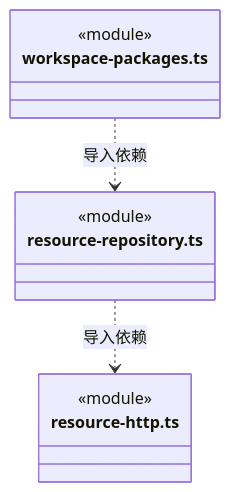
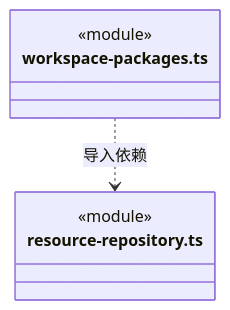
One commit to nan023062/cbim changed diagram 19 of 19 in src/backend/main/resources/ARCHITECTURE.md. Above: the diagram before and after it, drawn with Mermaid. The commit also changed other lines of this file and 118 other files, not shown here.

````diff
--- a/src/backend/main/resources/ARCHITECTURE.md
+++ b/src/backend/main/resources/ARCHITECTURE.md
@@ -349,14 +533,10 @@
 ```mermaid
 classDiagram
+class N_src_backend_main_resources_workspace_packages_ts["workspace-packages.ts"] {
+  <<module>>
+}
 class N_src_backend_main_resources_resource_repository_ts["resource-repository.ts"] {
   <<module>>
 }
-class N_src_backend_main_resources_resource_http_ts["resource-http.ts"] {
-  <<module>>
-}
-class N_src_backend_main_resources_workspace_packages_ts["workspace-packages.ts"] {
-  <<module>>
-}
-N_src_backend_main_resources_resource_repository_ts ..> N_src_backend_main_resources_resource_http_ts : 导入依赖
 N_src_backend_main_resources_workspace_packages_ts ..> N_src_backend_main_resources_resource_repository_ts : 导入依赖
 ```
````
